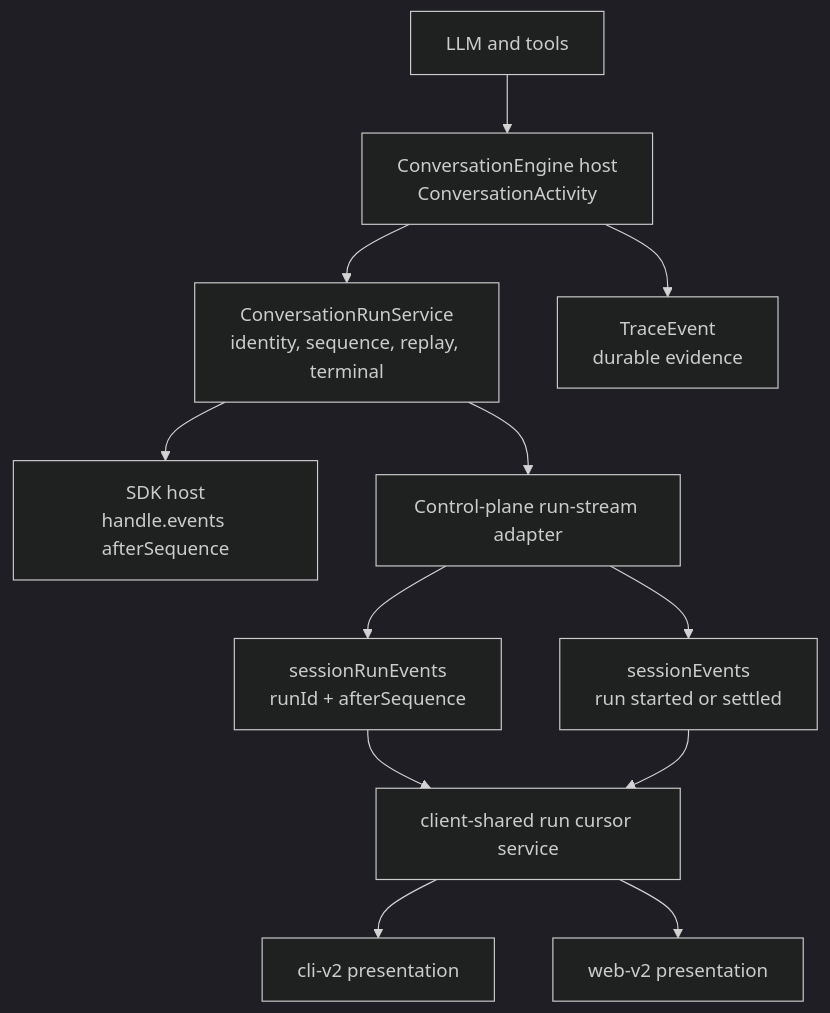
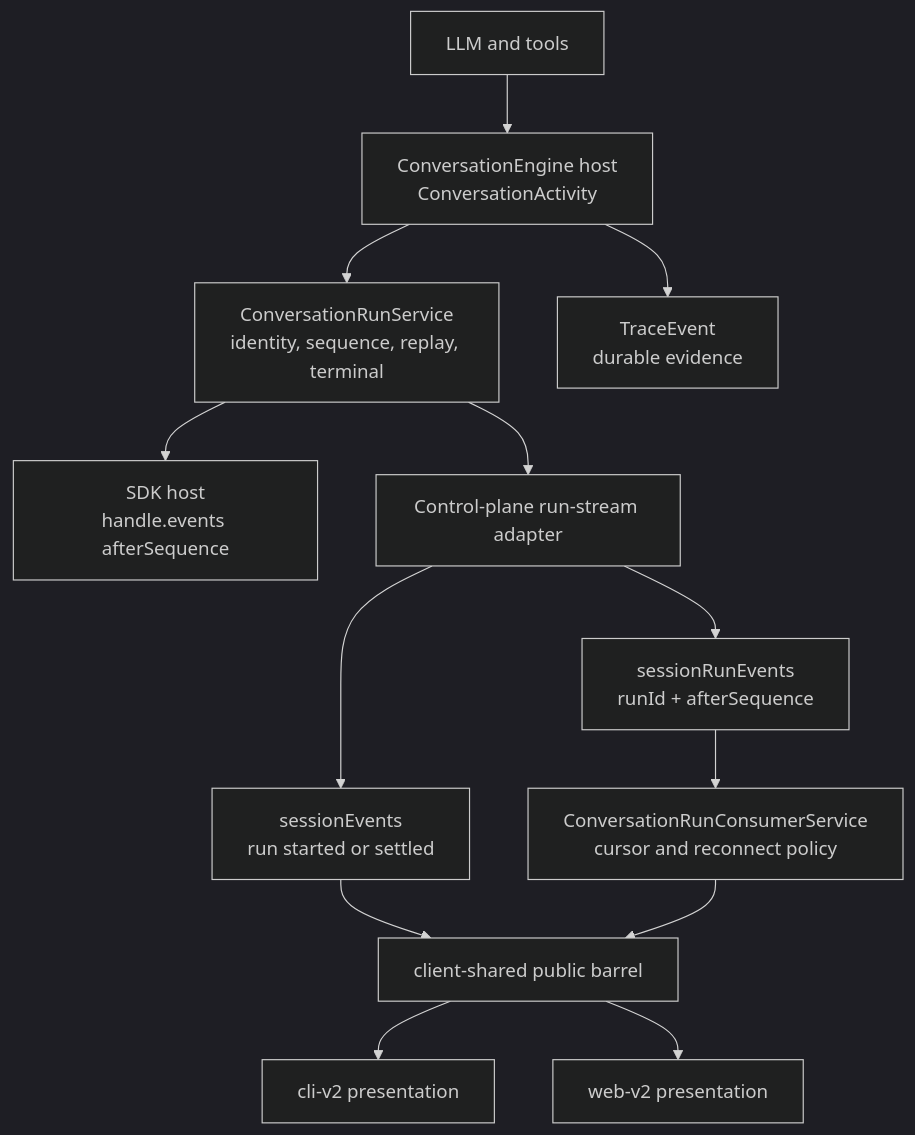
The diagram in docs/architecture/live-events.md (roackb2/heddle), drawn with Mermaid (dark theme) before and after one commit. The commit also changed other lines of this file and 37 other files, not shown here.

Commit message:
feat: add remote run SDK layer

````diff
--- a/docs/architecture/live-events.md
+++ b/docs/architecture/live-events.md
@@ -70,14 +72,15 @@
 ```mermaid
 flowchart TD
   LLM["LLM and tools"] --> Engine["ConversationEngine host<br/>ConversationActivity"]
   Engine --> Run["ConversationRunService<br/>identity, sequence, replay, terminal"]
   Run --> SDK["SDK host<br/>handle.events afterSequence"]
   Run --> Adapter["Control-plane run-stream adapter"]
   Adapter --> RunRPC["sessionRunEvents<br/>runId + afterSequence"]
   Adapter --> Lifecycle["sessionEvents<br/>run started or settled"]
-  RunRPC --> Shared["client-shared run cursor service"]
+  RunRPC --> Remote["ConversationRunConsumerService<br/>cursor and reconnect policy"]
   Lifecycle --> Shared
+  Remote --> Shared["client-shared public barrel"]
   Shared --> CLI["cli-v2 presentation"]
   Shared --> Web["web-v2 presentation"]
   Engine --> Trace["TraceEvent<br/>durable evidence"]
 ```
````
